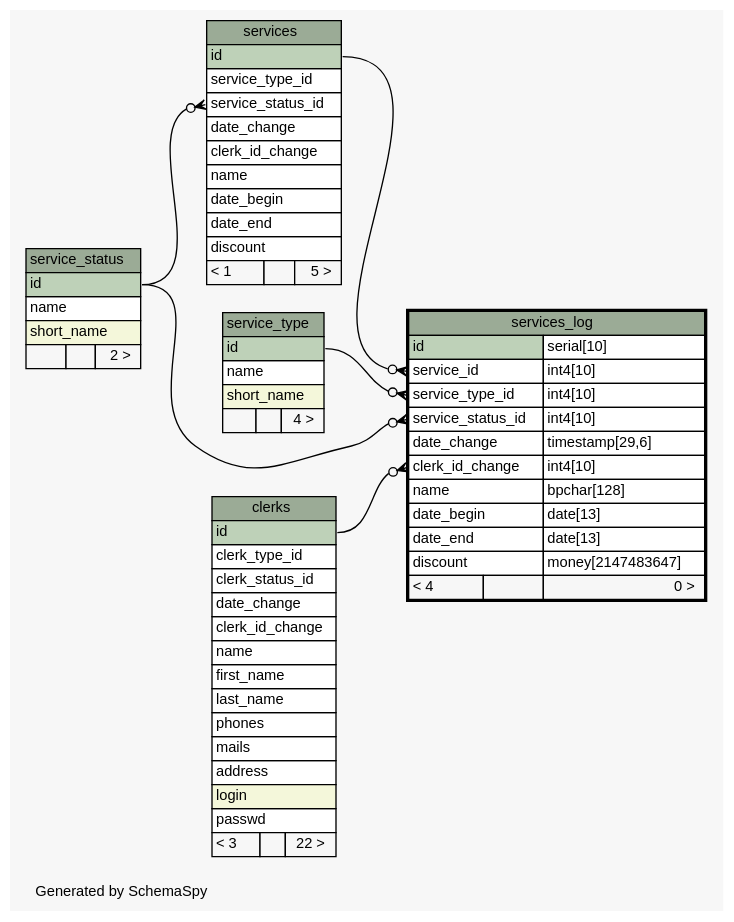
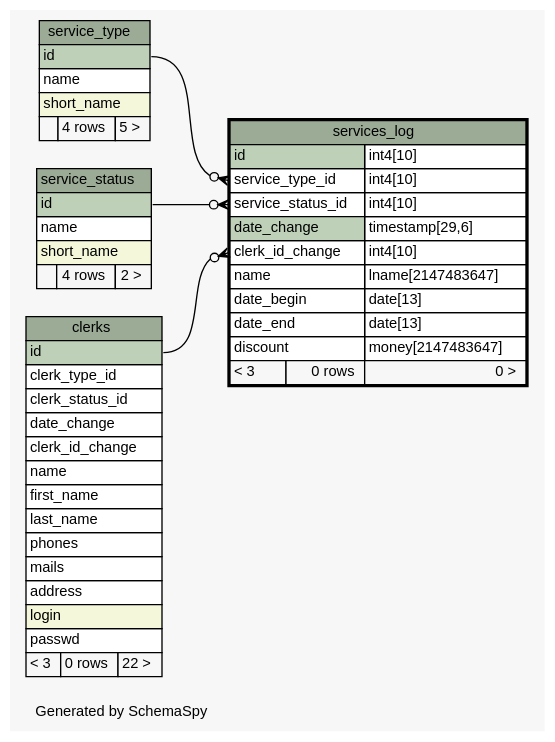
The diagram in db_schema/diagrams/services_log.1degree.dot (okharch/avox), drawn with Graphviz before and after one commit. The commit also changed 391 other files, not shown here.

```diff
--- a/db_schema/diagrams/services_log.1degree.dot
+++ b/db_schema/diagrams/services_log.1degree.dot
@@ -1,110 +1,89 @@
 // dot 2.26.0 on Linux 2.6.32-358.2.1.el6.x86_64
 // SchemaSpy rev 590
 digraph "oneDegreeRelationshipsDiagram" {
   graph [
     rankdir="RL"
     bgcolor="#f7f7f7"
     label="\nGenerated by SchemaSpy"
     labeljust="l"
     nodesep="0.18"
     ranksep="0.46"
     fontname="Helvetica"
     fontsize="11"
   ];
   node [
     fontname="Helvetica"
     fontsize="11"
     shape="plaintext"
   ];
   edge [
     arrowsize="0.8"
   ];
-  "services":"service_status_id":w -> "service_status":"id":e [arrowhead=none dir=back arrowtail=crowodot];
   "services_log":"clerk_id_change":w -> "clerks":"id":e [arrowhead=none dir=back arrowtail=crowodot];
-  "services_log":"service_id":w -> "services":"id":e [arrowhead=none dir=back arrowtail=crowodot];
   "services_log":"service_status_id":w -> "service_status":"id":e [arrowhead=none dir=back arrowtail=crowodot];
   "services_log":"service_type_id":w -> "service_type":"id":e [arrowhead=none dir=back arrowtail=crowodot];
   "clerks" [
     label=<
     <TABLE BORDER="0" CELLBORDER="1" CELLSPACING="0" BGCOLOR="#ffffff">
       <TR><TD COLSPAN="3" BGCOLOR="#9bab96" ALIGN="CENTER">clerks</TD></TR>
       <TR><TD PORT="id" COLSPAN="3" BGCOLOR="#bed1b8" ALIGN="LEFT">id</TD></TR>
       <TR><TD PORT="clerk_type_id" COLSPAN="3" ALIGN="LEFT">clerk_type_id</TD></TR>
       <TR><TD PORT="clerk_status_id" COLSPAN="3" ALIGN="LEFT">clerk_status_id</TD></TR>
       <TR><TD PORT="date_change" COLSPAN="3" ALIGN="LEFT">date_change</TD></TR>
       <TR><TD PORT="clerk_id_change" COLSPAN="3" ALIGN="LEFT">clerk_id_change</TD></TR>
       <TR><TD PORT="name" COLSPAN="3" ALIGN="LEFT">name</TD></TR>
       <TR><TD PORT="first_name" COLSPAN="3" ALIGN="LEFT">first_name</TD></TR>
       <TR><TD PORT="last_name" COLSPAN="3" ALIGN="LEFT">last_name</TD></TR>
       <TR><TD PORT="phones" COLSPAN="3" ALIGN="LEFT">phones</TD></TR>
       <TR><TD PORT="mails" COLSPAN="3" ALIGN="LEFT">mails</TD></TR>
       <TR><TD PORT="address" COLSPAN="3" ALIGN="LEFT">address</TD></TR>
       <TR><TD PORT="login" COLSPAN="3" BGCOLOR="#f4f7da" ALIGN="LEFT">login</TD></TR>
       <TR><TD PORT="passwd" COLSPAN="3" ALIGN="LEFT">passwd</TD></TR>
-      <TR><TD ALIGN="LEFT" BGCOLOR="#f7f7f7">&lt; 3</TD><TD ALIGN="RIGHT" BGCOLOR="#f7f7f7">  </TD><TD ALIGN="RIGHT" BGCOLOR="#f7f7f7">22 &gt;</TD></TR>
+      <TR><TD ALIGN="LEFT" BGCOLOR="#f7f7f7">&lt; 3</TD><TD ALIGN="RIGHT" BGCOLOR="#f7f7f7">0 rows</TD><TD ALIGN="RIGHT" BGCOLOR="#f7f7f7">22 &gt;</TD></TR>
     </TABLE>>
     URL="clerks.html"
     tooltip="clerks"
   ];
   "service_status" [
     label=<
     <TABLE BORDER="0" CELLBORDER="1" CELLSPACING="0" BGCOLOR="#ffffff">
       <TR><TD COLSPAN="3" BGCOLOR="#9bab96" ALIGN="CENTER">service_status</TD></TR>
       <TR><TD PORT="id" COLSPAN="3" BGCOLOR="#bed1b8" ALIGN="LEFT">id</TD></TR>
       <TR><TD PORT="name" COLSPAN="3" ALIGN="LEFT">name</TD></TR>
       <TR><TD PORT="short_name" COLSPAN="3" BGCOLOR="#f4f7da" ALIGN="LEFT">short_name</TD></TR>
-      <TR><TD ALIGN="LEFT" BGCOLOR="#f7f7f7">  </TD><TD ALIGN="RIGHT" BGCOLOR="#f7f7f7">  </TD><TD ALIGN="RIGHT" BGCOLOR="#f7f7f7">2 &gt;</TD></TR>
+      <TR><TD ALIGN="LEFT" BGCOLOR="#f7f7f7">  </TD><TD ALIGN="RIGHT" BGCOLOR="#f7f7f7">4 rows</TD><TD ALIGN="RIGHT" BGCOLOR="#f7f7f7">2 &gt;</TD></TR>
     </TABLE>>
     URL="service_status.html"
     tooltip="service_status"
   ];
   "service_type" [
     label=<
     <TABLE BORDER="0" CELLBORDER="1" CELLSPACING="0" BGCOLOR="#ffffff">
       <TR><TD COLSPAN="3" BGCOLOR="#9bab96" ALIGN="CENTER">service_type</TD></TR>
       <TR><TD PORT="id" COLSPAN="3" BGCOLOR="#bed1b8" ALIGN="LEFT">id</TD></TR>
       <TR><TD PORT="name" COLSPAN="3" ALIGN="LEFT">name</TD></TR>
       <TR><TD PORT="short_name" COLSPAN="3" BGCOLOR="#f4f7da" ALIGN="LEFT">short_name</TD></TR>
-      <TR><TD ALIGN="LEFT" BGCOLOR="#f7f7f7">  </TD><TD ALIGN="RIGHT" BGCOLOR="#f7f7f7">  </TD><TD ALIGN="RIGHT" BGCOLOR="#f7f7f7">4 &gt;</TD></TR>
+      <TR><TD ALIGN="LEFT" BGCOLOR="#f7f7f7">  </TD><TD ALIGN="RIGHT" BGCOLOR="#f7f7f7">4 rows</TD><TD ALIGN="RIGHT" BGCOLOR="#f7f7f7">5 &gt;</TD></TR>
     </TABLE>>
     URL="service_type.html"
     tooltip="service_type"
-  ];
-  "services" [
-    label=<
-    <TABLE BORDER="0" CELLBORDER="1" CELLSPACING="0" BGCOLOR="#ffffff">
-      <TR><TD COLSPAN="3" BGCOLOR="#9bab96" ALIGN="CENTER">services</TD></TR>
-      <TR><TD PORT="id" COLSPAN="3" BGCOLOR="#bed1b8" ALIGN="LEFT">id</TD></TR>
-      <TR><TD PORT="service_type_id" COLSPAN="3" ALIGN="LEFT">service_type_id</TD></TR>
-      <TR><TD PORT="service_status_id" COLSPAN="3" ALIGN="LEFT">service_status_id</TD></TR>
-      <TR><TD PORT="date_change" COLSPAN="3" ALIGN="LEFT">date_change</TD></TR>
-      <TR><TD PORT="clerk_id_change" COLSPAN="3" ALIGN="LEFT">clerk_id_change</TD></TR>
-      <TR><TD PORT="name" COLSPAN="3" ALIGN="LEFT">name</TD></TR>
-      <TR><TD PORT="date_begin" COLSPAN="3" ALIGN="LEFT">date_begin</TD></TR>
-      <TR><TD PORT="date_end" COLSPAN="3" ALIGN="LEFT">date_end</TD></TR>
-      <TR><TD PORT="discount" COLSPAN="3" ALIGN="LEFT">discount</TD></TR>
-      <TR><TD ALIGN="LEFT" BGCOLOR="#f7f7f7">&lt; 1</TD><TD ALIGN="RIGHT" BGCOLOR="#f7f7f7">  </TD><TD ALIGN="RIGHT" BGCOLOR="#f7f7f7">5 &gt;</TD></TR>
-    </TABLE>>
-    URL="services.html"
-    tooltip="services"
   ];
   "services_log" [
     label=<
     <TABLE BORDER="2" CELLBORDER="1" CELLSPACING="0" BGCOLOR="#ffffff">
       <TR><TD COLSPAN="3" BGCOLOR="#9bab96" ALIGN="CENTER">services_log</TD></TR>
-      <TR><TD PORT="id" COLSPAN="2" BGCOLOR="#bed1b8" ALIGN="LEFT">id</TD><TD PORT="id.type" ALIGN="LEFT">serial[10]</TD></TR>
-      <TR><TD PORT="service_id" COLSPAN="2" ALIGN="LEFT">service_id</TD><TD PORT="service_id.type" ALIGN="LEFT">int4[10]</TD></TR>
+      <TR><TD PORT="id" COLSPAN="2" BGCOLOR="#bed1b8" ALIGN="LEFT">id</TD><TD PORT="id.type" ALIGN="LEFT">int4[10]</TD></TR>
       <TR><TD PORT="service_type_id" COLSPAN="2" ALIGN="LEFT">service_type_id</TD><TD PORT="service_type_id.type" ALIGN="LEFT">int4[10]</TD></TR>
       <TR><TD PORT="service_status_id" COLSPAN="2" ALIGN="LEFT">service_status_id</TD><TD PORT="service_status_id.type" ALIGN="LEFT">int4[10]</TD></TR>
-      <TR><TD PORT="date_change" COLSPAN="2" ALIGN="LEFT">date_change</TD><TD PORT="date_change.type" ALIGN="LEFT">timestamp[29,6]</TD></TR>
+      <TR><TD PORT="date_change" COLSPAN="2" BGCOLOR="#bed1b8" ALIGN="LEFT">date_change</TD><TD PORT="date_change.type" ALIGN="LEFT">timestamp[29,6]</TD></TR>
       <TR><TD PORT="clerk_id_change" COLSPAN="2" ALIGN="LEFT">clerk_id_change</TD><TD PORT="clerk_id_change.type" ALIGN="LEFT">int4[10]</TD></TR>
-      <TR><TD PORT="name" COLSPAN="2" ALIGN="LEFT">name</TD><TD PORT="name.type" ALIGN="LEFT">bpchar[128]</TD></TR>
+      <TR><TD PORT="name" COLSPAN="2" ALIGN="LEFT">name</TD><TD PORT="name.type" ALIGN="LEFT">lname[2147483647]</TD></TR>
       <TR><TD PORT="date_begin" COLSPAN="2" ALIGN="LEFT">date_begin</TD><TD PORT="date_begin.type" ALIGN="LEFT">date[13]</TD></TR>
       <TR><TD PORT="date_end" COLSPAN="2" ALIGN="LEFT">date_end</TD><TD PORT="date_end.type" ALIGN="LEFT">date[13]</TD></TR>
       <TR><TD PORT="discount" COLSPAN="2" ALIGN="LEFT">discount</TD><TD PORT="discount.type" ALIGN="LEFT">money[2147483647]</TD></TR>
-      <TR><TD ALIGN="LEFT" BGCOLOR="#f7f7f7">&lt; 4</TD><TD ALIGN="RIGHT" BGCOLOR="#f7f7f7">  </TD><TD ALIGN="RIGHT" BGCOLOR="#f7f7f7">0 &gt;</TD></TR>
+      <TR><TD ALIGN="LEFT" BGCOLOR="#f7f7f7">&lt; 3</TD><TD ALIGN="RIGHT" BGCOLOR="#f7f7f7">0 rows</TD><TD ALIGN="RIGHT" BGCOLOR="#f7f7f7">0 &gt;</TD></TR>
     </TABLE>>
     URL="services_log.html"
     tooltip="services_log"
   ];
 }
```
